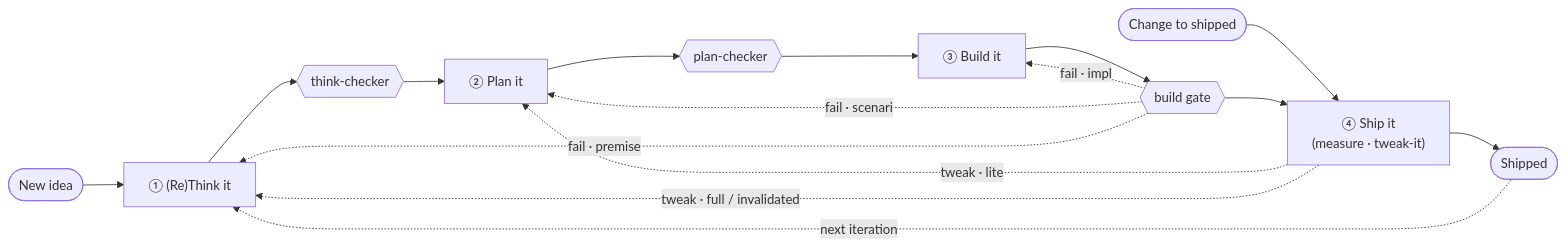
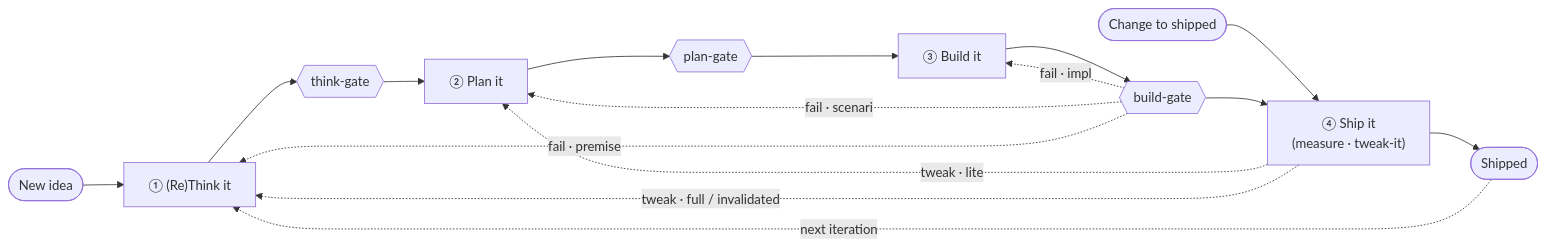
Before and after one commit to giovannibeltrame/buildloop: the first of 2 diagrams in _brainstorm.md, drawn with Mermaid. The commit also changed other lines of this file, not shown here.

````diff
--- a/_brainstorm.md
+++ b/_brainstorm.md
@@ -105,20 +105,20 @@
 ```mermaid
 flowchart LR
     NEW([New idea]) --> RT
     CHG([Change to shipped]) --> SH
 
-    RT["① (Re)Think it"] --> G1{{think-checker}}
+    RT["① (Re)Think it"] --> G1{{think-gate}}
     G1 --> PL["② Plan it"]
-    PL --> G2{{plan-checker}}
+    PL --> G2{{plan-gate}}
     G2 --> BT["③ Build it"]
-    BT --> G3{{build gate}}
+    BT --> G3{{build-gate}}
     G3 --> SH["④ Ship it<br/>(measure · tweak-it)"]
     SH --> DONE([Shipped])
 
     G3 -.fail · impl.-> BT
     G3 -.fail · scenario.-> PL
     G3 -.fail · premise.-> RT
     SH -.tweak · lite.-> PL
     SH -.tweak · full / invalidated.-> RT
     DONE -.next iteration.-> RT
 ```
````
